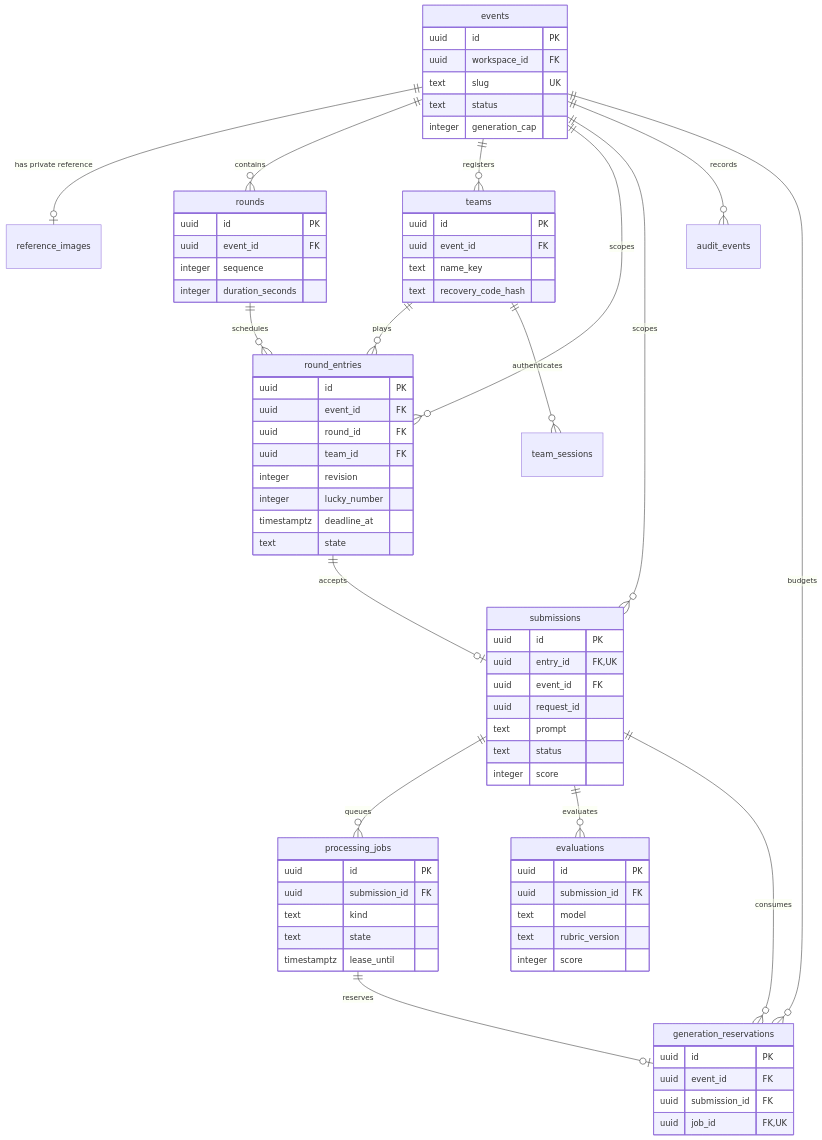
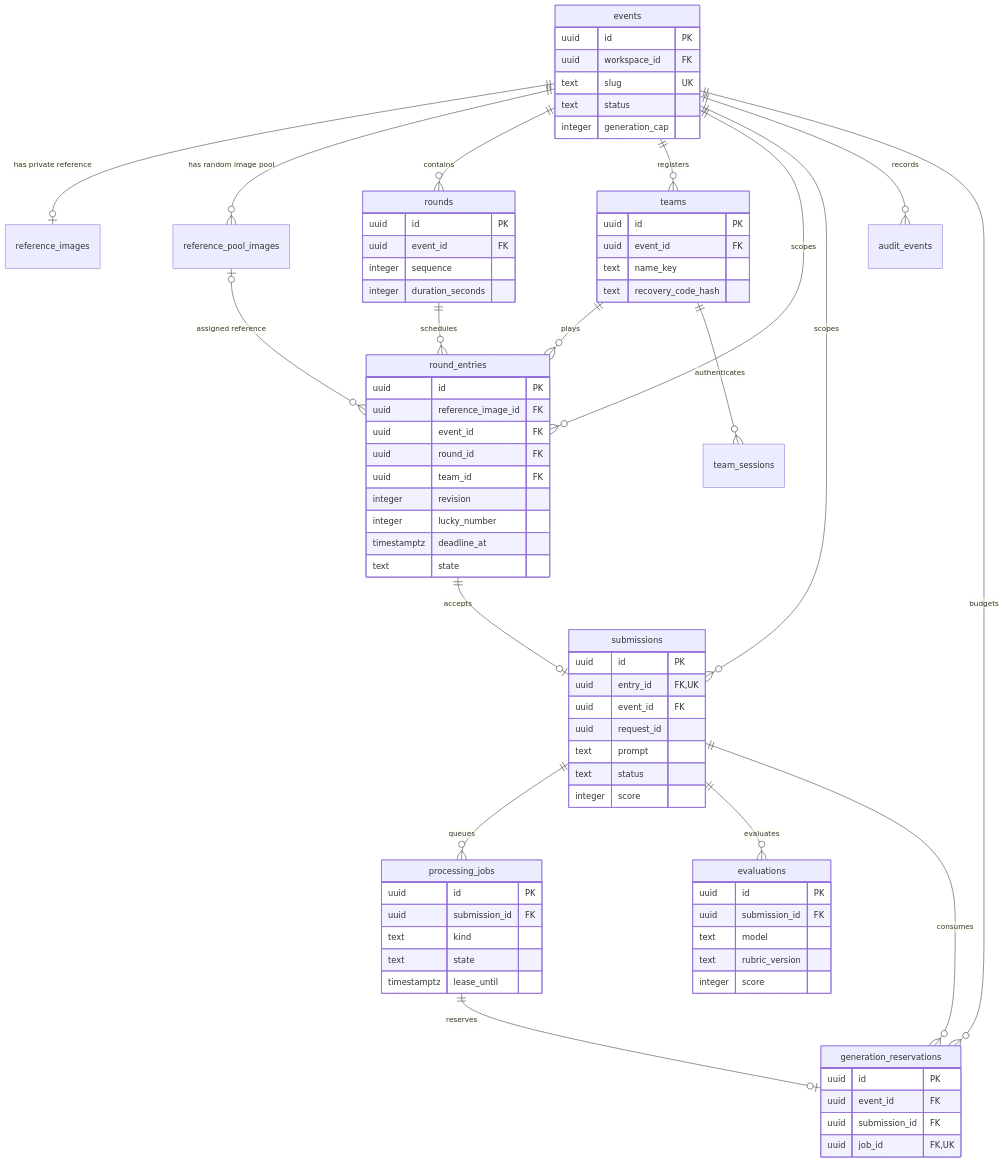
One commit to mmrmilon/promptchamp changed the fourth of 4 diagrams in README.md. Above: the diagram before and after it, drawn with Mermaid. The commit also changed other lines of this file and 23 other files, not shown here.

````diff
--- a/README.md
+++ b/README.md
@@ -190,77 +191,80 @@
 ```mermaid
 erDiagram
     events ||--o| reference_images : "has private reference"
+    events ||--o{ reference_pool_images : "has random image pool"
+    reference_pool_images o|--o{ round_entries : "assigned reference"
     events ||--o{ rounds : contains
     events ||--o{ teams : registers
     events ||--o{ round_entries : scopes
     events ||--o{ submissions : scopes
     events ||--o{ audit_events : records
     rounds ||--o{ round_entries : schedules
     teams ||--o{ round_entries : plays
     teams ||--o{ team_sessions : authenticates
     round_entries ||--o| submissions : accepts
     submissions ||--o{ processing_jobs : queues
     submissions ||--o{ evaluations : evaluates
     submissions ||--o{ generation_reservations : consumes
     events ||--o{ generation_reservations : budgets
     processing_jobs ||--o| generation_reservations : reserves
 
     events {
         uuid id PK
         uuid workspace_id FK
         text slug UK
         text status
         integer generation_cap
     }
     rounds {
         uuid id PK
         uuid event_id FK
         integer sequence
         integer duration_seconds
     }
     teams {
         uuid id PK
         uuid event_id FK
         text name_key
         text recovery_code_hash
     }
     round_entries {
         uuid id PK
+        uuid reference_image_id FK
         uuid event_id FK
         uuid round_id FK
         uuid team_id FK
         integer revision
         integer lucky_number
         timestamptz deadline_at
         text state
     }
     submissions {
         uuid id PK
         uuid entry_id FK,UK
         uuid event_id FK
         uuid request_id
         text prompt
         text status
         integer score
     }
     processing_jobs {
         uuid id PK
         uuid submission_id FK
         text kind
         text state
         timestamptz lease_until
     }
     generation_reservations {
         uuid id PK
         uuid event_id FK
         uuid submission_id FK
         uuid job_id FK,UK
     }
     evaluations {
         uuid id PK
         uuid submission_id FK
         text model
         text rubric_version
         integer score
     }
 ```
````
